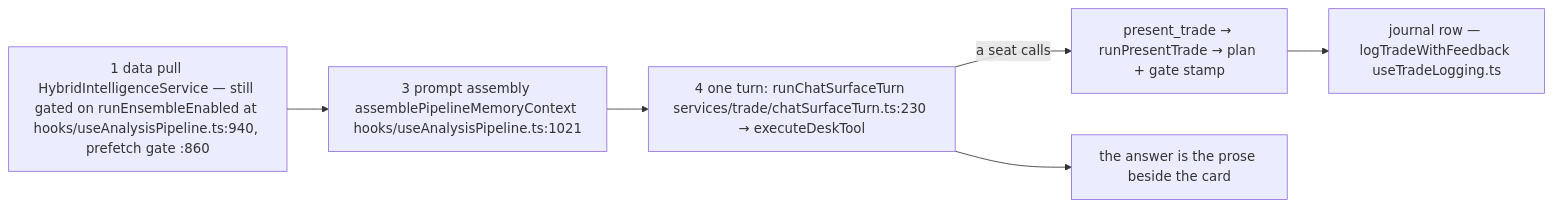
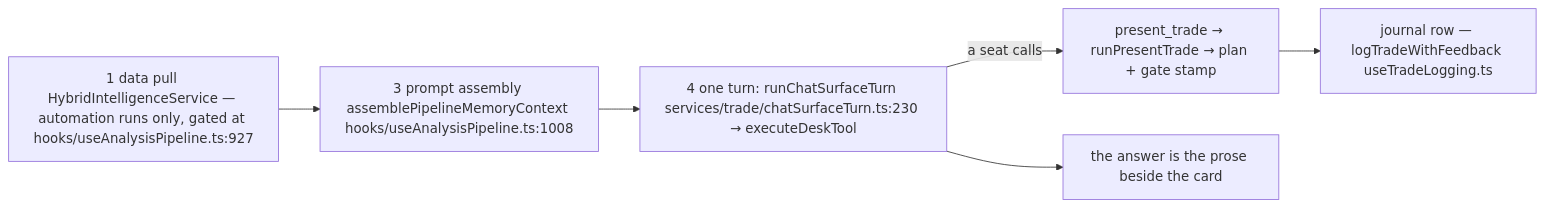
Before and after one commit to Acepay25/august-3.5: the third of 7 diagrams in docs/app-flow.md, drawn with Mermaid. The commit also changed other lines of this file and 6 other files, not shown here.

First line of the commit message:
refactor(ensemble): stop the mode flag deciding data work (stage 1 of #19)

````diff
--- a/docs/app-flow.md
+++ b/docs/app-flow.md
@@ -173,8 +173,8 @@
 ```mermaid
 flowchart LR
-    S1["1 data pull HybridIntelligenceService — still gated on runEnsembleEnabled at hooks/useAnalysisPipeline.ts:940, prefetch gate :860"] --> S3["3 prompt assembly assemblePipelineMemoryContext hooks/useAnalysisPipeline.ts:1021"]
+    S1["1 data pull HybridIntelligenceService — automation runs only, gated at hooks/useAnalysisPipeline.ts:927"] --> S3["3 prompt assembly assemblePipelineMemoryContext hooks/useAnalysisPipeline.ts:1008"]
     S3 --> S4["4 one turn: runChatSurfaceTurn services/trade/chatSurfaceTurn.ts:230 → executeDeskTool"]
     S4 -->|a seat calls| PT["present_trade → runPresentTrade → plan + gate stamp"]
     PT --> JR["journal row — logTradeWithFeedback useTradeLogging.ts"]
     S4 --> ANS["the answer is the prose beside the card"]
 ```
````
